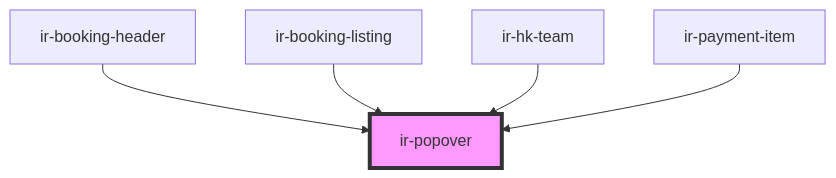
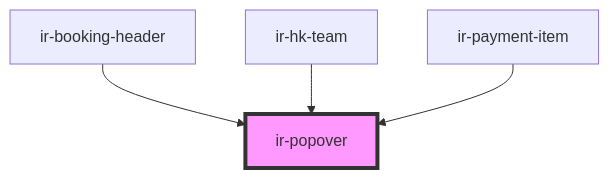
One commit to David1Chowaifaty/modified-ir-webcmp changed the diagram in src/components/ui/ir-popover/readme.md. Above: the diagram before and after it, drawn with Mermaid. The commit also changed other lines of this file and 77 other files, not shown here.

````diff
--- a/src/components/ui/ir-popover/readme.md
+++ b/src/components/ui/ir-popover/readme.md
@@ -29,8 +28,7 @@
 ```mermaid
 graph TD;
   ir-booking-header --> ir-popover
-  ir-booking-listing --> ir-popover
   ir-hk-team --> ir-popover
   ir-payment-item --> ir-popover
   style ir-popover fill:#f9f,stroke:#333,stroke-width:4px
 ```
````
